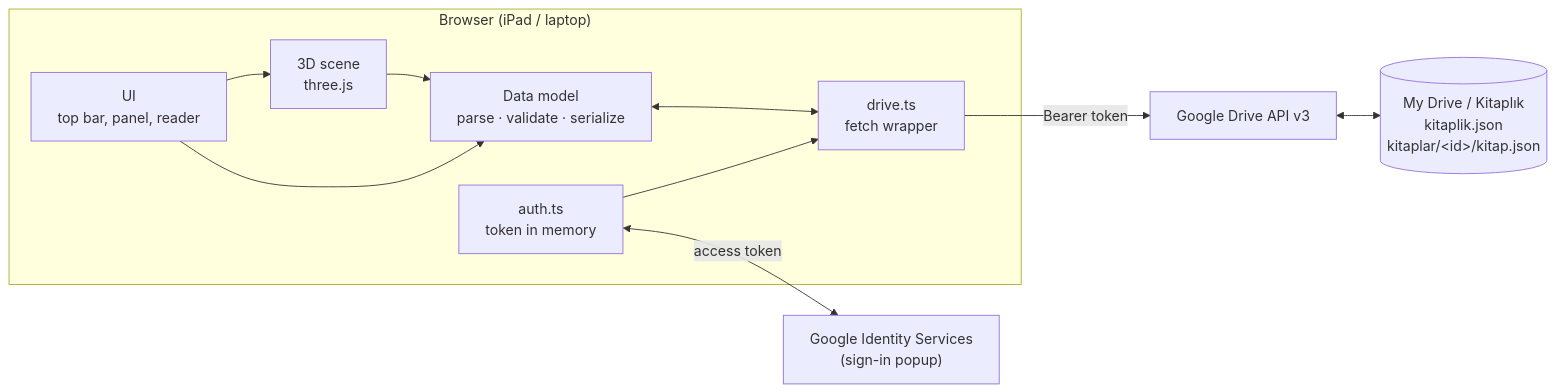
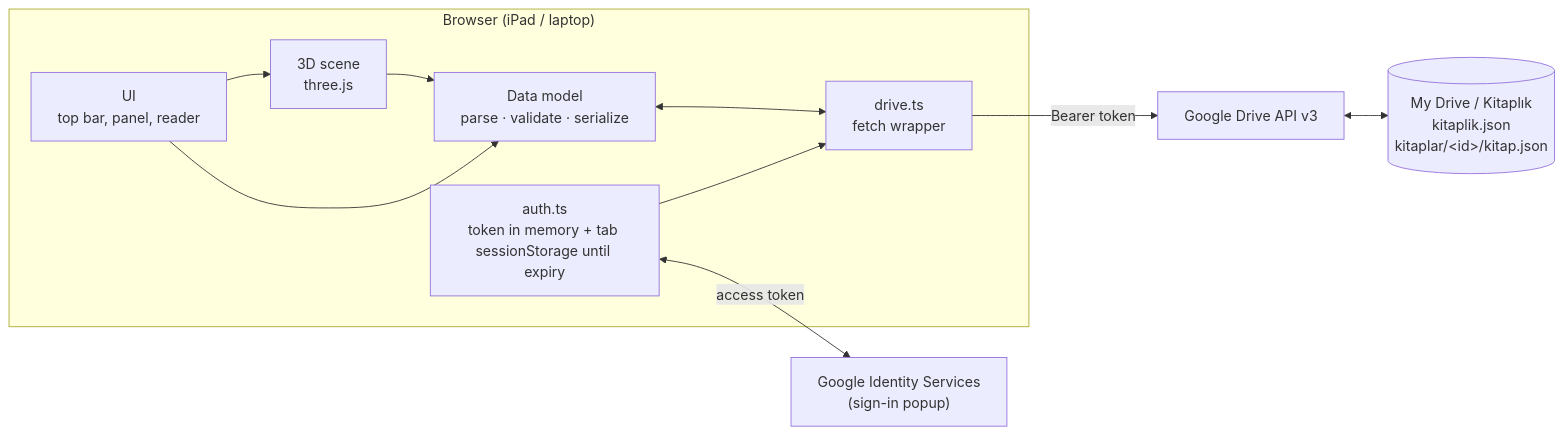
One commit to denizyarpinar/defter changed the third of 4 diagrams in README.md. Above: the diagram before and after it, drawn with Mermaid. The commit also changed other lines of this file and 13 other files, not shown here.

Commit message:
6.6-5b: dil yenilemesinde oturum korunur (token yalnız sessionStorage)

````diff
--- a/README.md
+++ b/README.md
@@ -174,22 +174,22 @@
 ```mermaid
 flowchart LR
   subgraph Browser["Browser (iPad / laptop)"]
     UI["UI<br/>top bar, panel, reader"]
     Scene["3D scene<br/>three.js"]
     Model["Data model<br/>parse · validate · serialize"]
-    Auth["auth.ts<br/>token in memory"]
+    Auth["auth.ts<br/>token in memory + tab sessionStorage until expiry"]
     Drive["drive.ts<br/>fetch wrapper"]
   end
   GIS["Google Identity Services<br/>(sign-in popup)"]
   API["Google Drive API v3"]
   Folder[("My Drive / Kitaplık<br/>kitaplik.json<br/>kitaplar/&lt;id&gt;/kitap.json")]
 
   UI --> Scene
   UI --> Model
   Scene --> Model
   Auth <-->|access token| GIS
   Drive -->|Bearer token| API
   Auth --> Drive
   Model <--> Drive
   API <--> Folder
 ```
````
